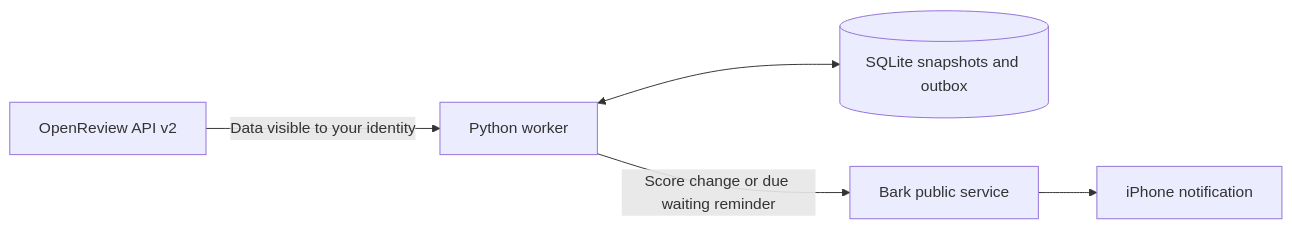
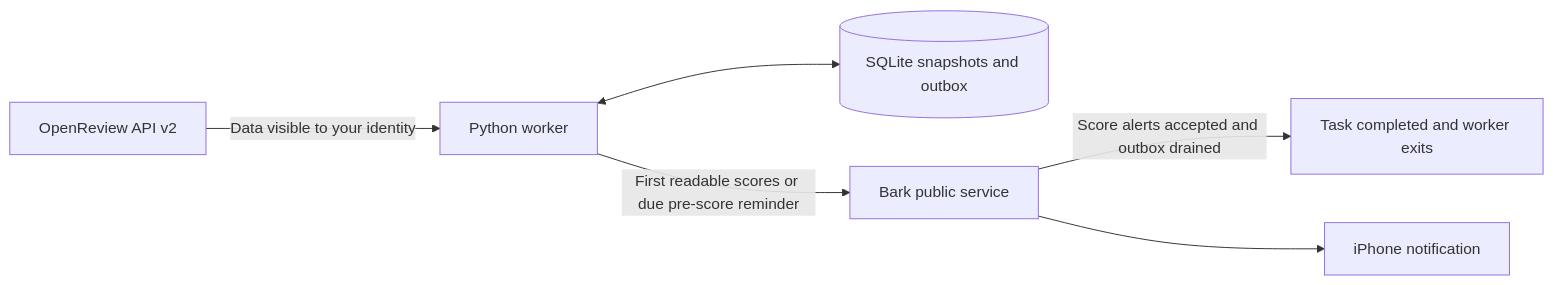
Before and after one commit to cristianhtvc/iclr-alert: the diagram in README.en.md, drawn with Mermaid. The commit also changed other lines of this file and 9 other files, not shown here.

First line of the commit message:
Stop monitoring after score alerts are accepted

````diff
--- a/README.en.md
+++ b/README.en.md
@@ -30,7 +30,8 @@
 ```mermaid
 flowchart LR
     A[OpenReview API v2] -->|Data visible to your identity| B[Python worker]
     B <--> C[(SQLite snapshots and outbox)]
-    B -->|Score change or due waiting reminder| D[Bark public service]
+    B -->|First readable scores or due pre-score reminder| D[Bark public service]
+    D -->|Score alerts accepted and outbox drained| F[Task completed and worker exits]
     D --> E[iPhone notification]
 ```
````
